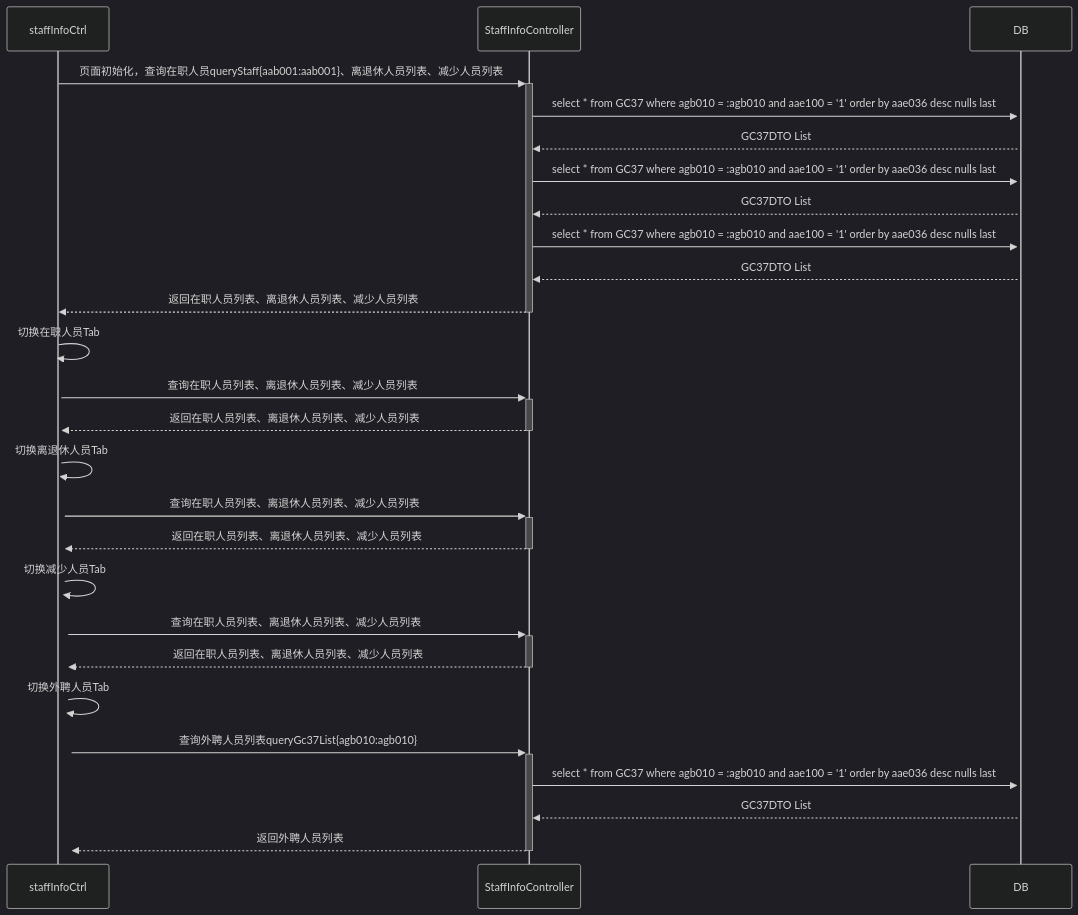
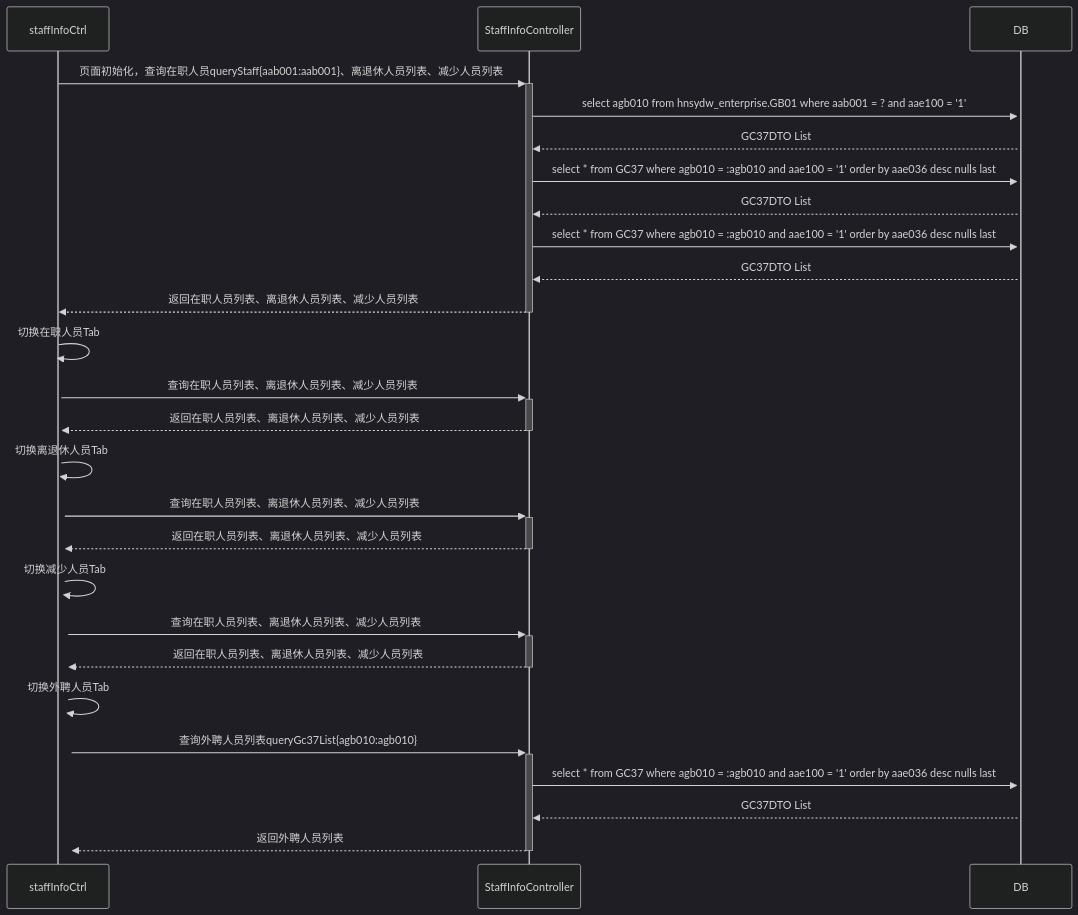
One commit to ZhangJianBeiJing/iodraw-files changed the diagram in all/人员基本信息初始化页面多Tab调用业务流程.md. Above: the diagram before and after it, drawn with Mermaid (dark theme).

Commit message:
2025-03-25 10:39:26 update

````diff
--- a/all/人员基本信息初始化页面多Tab调用业务流程.md
+++ b/all/人员基本信息初始化页面多Tab调用业务流程.md
@@ -1,25 +1,25 @@
 ```mermaid
 sequenceDiagram
     staffInfoCtrl->>+StaffInfoController: 页面初始化，查询在职人员queryStaff{aab001:aab001}、离退休人员列表、减少人员列表
-    StaffInfoController->>+DB:select * from GC37 where agb010 = :agb010 and aae100 = '1' order by aae036 desc nulls last
+    StaffInfoController->>+DB:select agb010 from hnsydw_enterprise.GB01 where aab001 = ? and aae100 = '1'
     DB-->>StaffInfoController:GC37DTO List
     StaffInfoController->>+DB:select * from GC37 where agb010 = :agb010 and aae100 = '1' order by aae036 desc nulls last
     DB-->>StaffInfoController:GC37DTO List
     StaffInfoController->>+DB:select * from GC37 where agb010 = :agb010 and aae100 = '1' order by aae036 desc nulls last
     DB-->>StaffInfoController:GC37DTO List
     StaffInfoController-->>-staffInfoCtrl:返回在职人员列表、离退休人员列表、减少人员列表
     staffInfoCtrl->>+staffInfoCtrl:切换在职人员Tab
     staffInfoCtrl->>+StaffInfoController:查询在职人员列表、离退休人员列表、减少人员列表
     StaffInfoController-->>-staffInfoCtrl:返回在职人员列表、离退休人员列表、减少人员列表
     staffInfoCtrl->>+staffInfoCtrl:切换离退休人员Tab
     staffInfoCtrl->>+StaffInfoController:查询在职人员列表、离退休人员列表、减少人员列表
     StaffInfoController-->>-staffInfoCtrl:返回在职人员列表、离退休人员列表、减少人员列表
     staffInfoCtrl->>+staffInfoCtrl:切换减少人员Tab
     staffInfoCtrl->>+StaffInfoController:查询在职人员列表、离退休人员列表、减少人员列表
     StaffInfoController-->>-staffInfoCtrl:返回在职人员列表、离退休人员列表、减少人员列表
     staffInfoCtrl->>+staffInfoCtrl:切换外聘人员Tab
     staffInfoCtrl->>+StaffInfoController:查询外聘人员列表queryGc37List{agb010:agb010}
     StaffInfoController->>+DB:select * from GC37 where agb010 = :agb010 and aae100 = '1' order by aae036 desc nulls last
     DB-->>StaffInfoController:GC37DTO List 
     StaffInfoController-->>-staffInfoCtrl:返回外聘人员列表
 ```
````
